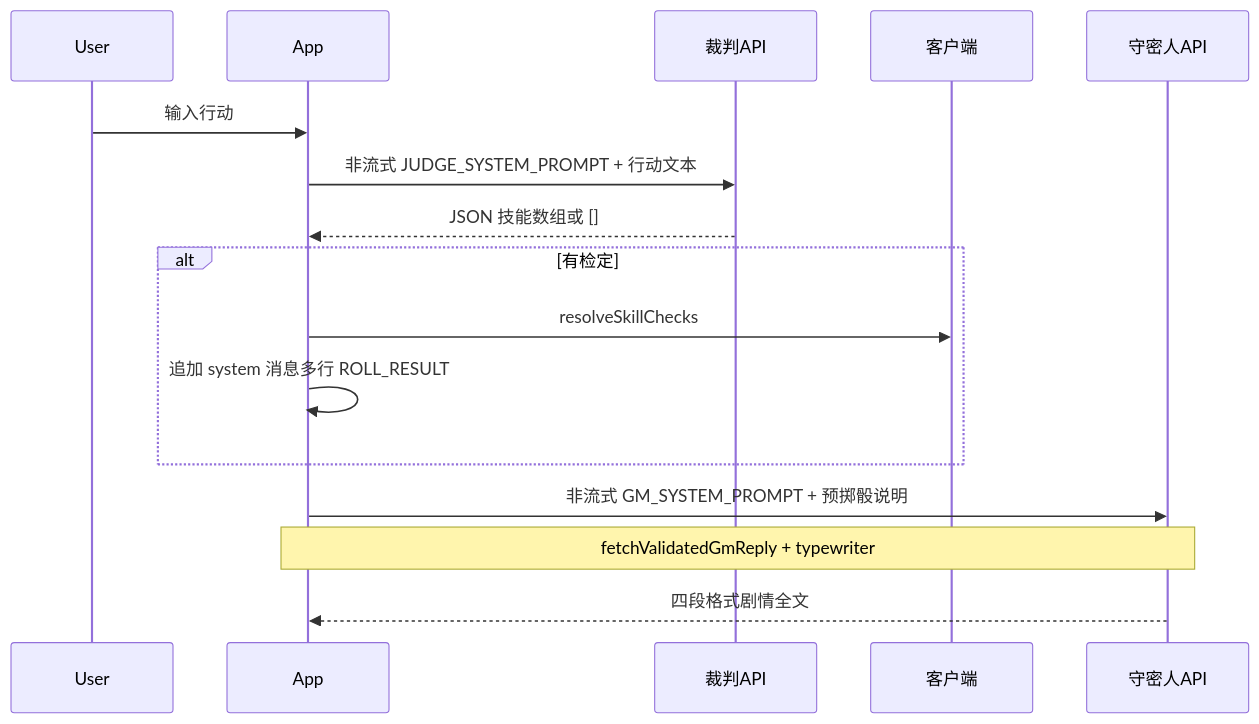
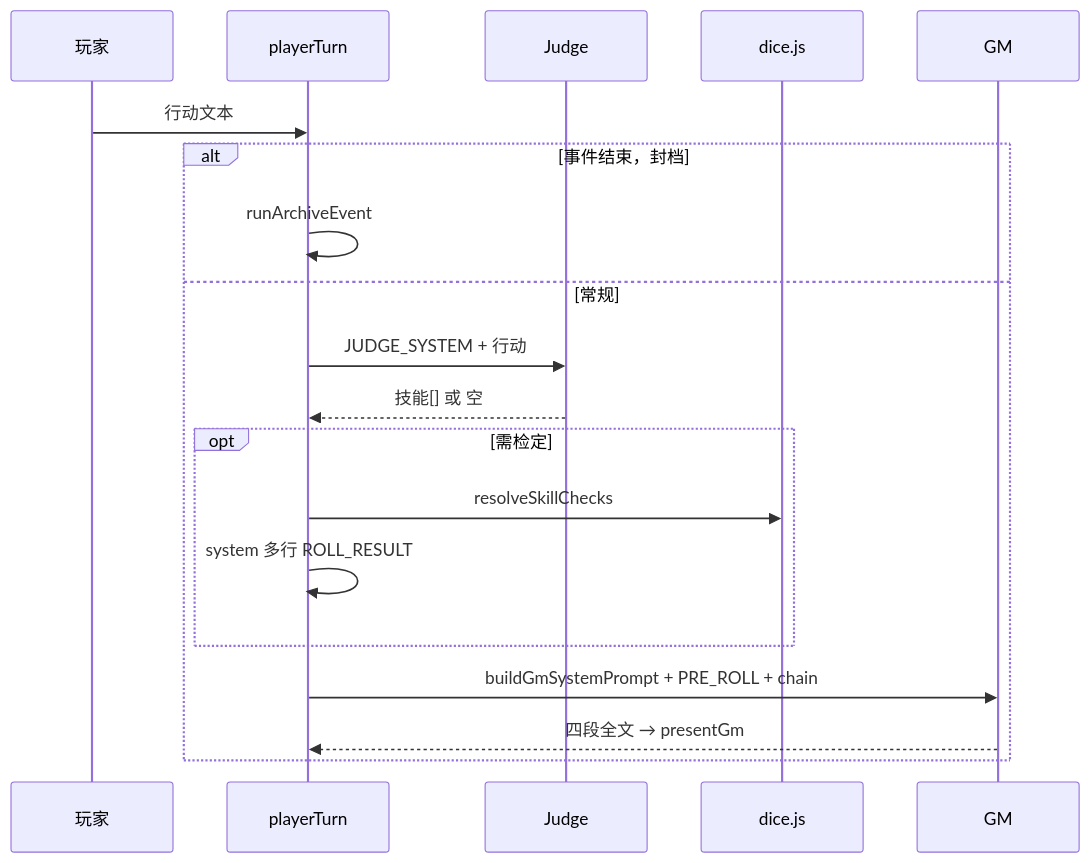
The fourth of 4 diagrams in ARCHITECTURE.md (heyixigu/coc), drawn with Mermaid before and after one commit. The commit also changed other lines of this file and 8 other files, not shown here.

````diff
--- a/ARCHITECTURE.md
+++ b/ARCHITECTURE.md
@@ -176,19 +238,22 @@
 ```mermaid
 sequenceDiagram
-  participant User
-  participant App
-  participant Judge as 裁判API
-  participant Dice as 客户端
-  participant GM as 守密人API
+  participant U as 玩家
+  participant PT as playerTurn
+  participant J as Judge
+  participant C as dice.js
+  participant GM as GM
 
-  User->>App: 输入行动
-  App->>Judge: 非流式 JUDGE_SYSTEM_PROMPT + 行动文本
-  Judge-->>App: JSON 技能数组或 []
-  alt 有检定
-    App->>Dice: resolveSkillChecks
-    App->>App: 追加 system 消息多行 ROLL_RESULT
+  U->>PT: 行动文本
+  alt 事件结束，封档
+    PT->>PT: runArchiveEvent
+  else 常规
+    PT->>J: JUDGE_SYSTEM + 行动
+    J-->>PT: 技能[] 或 空
+    opt 需检定
+      PT->>C: resolveSkillChecks
+      PT->>PT: system 多行 ROLL_RESULT
+    end
+    PT->>GM: buildGmSystemPrompt + PRE_ROLL + chain
+    GM-->>PT: 四段全文 → presentGm
   end
-  App->>GM: 非流式 GM_SYSTEM_PROMPT + 预掷骰说明
-  Note over App,GM: fetchValidatedGmReply + typewriter
-  GM-->>App: 四段格式剧情全文
 ```
````
